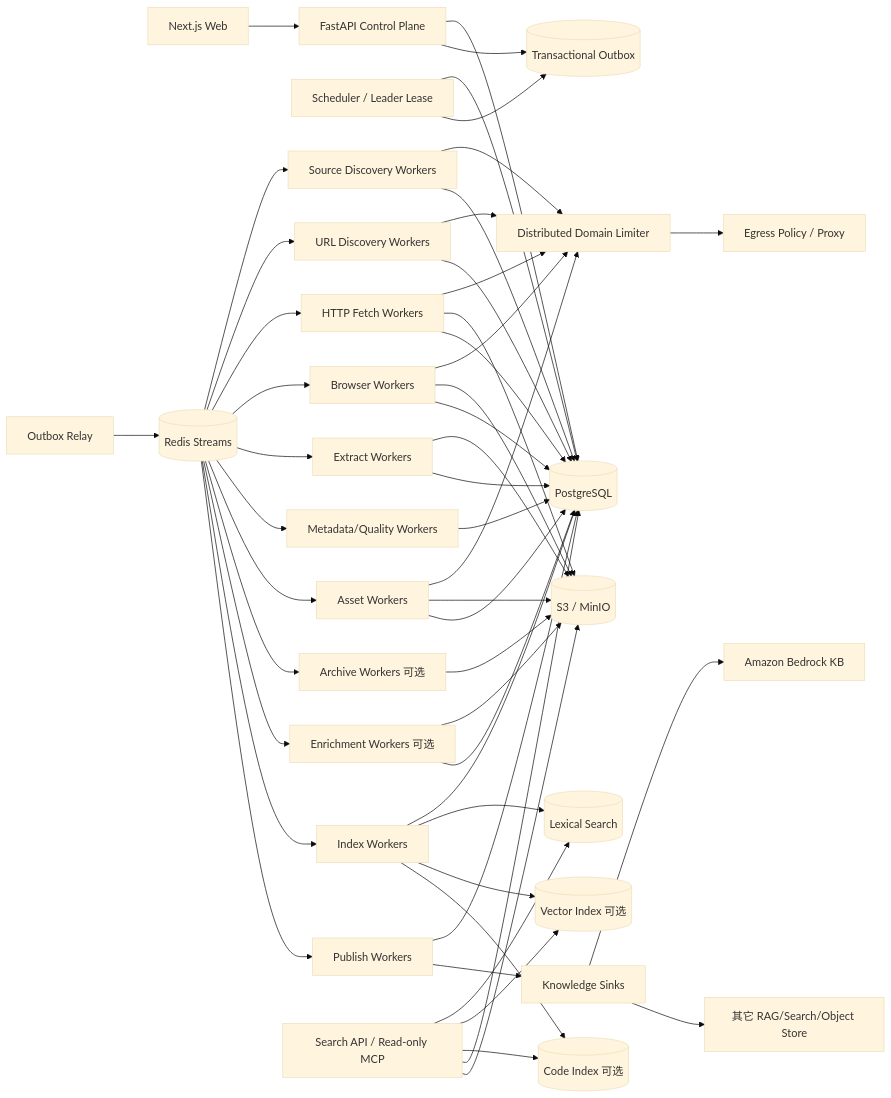
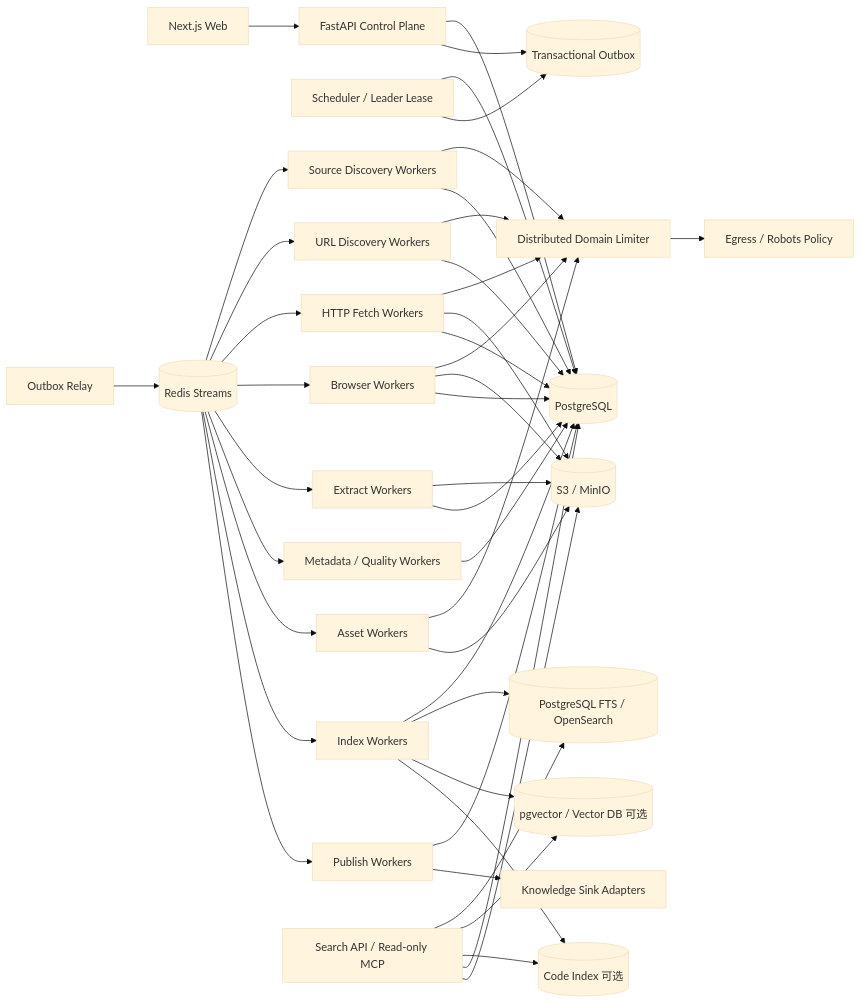
The diagram in 博客知识库技术方案.md (WorkerXu/my-doc), drawn with Mermaid (base theme) before and after one commit. The commit also changed other lines of this file and 2 other files, not shown here.

````diff
--- a/博客知识库技术方案.md
+++ b/博客知识库技术方案.md
@@ -78,59 +82,52 @@
 ```mermaid
 flowchart LR
     UI[Next.js Web] --> API[FastAPI Control Plane]
     API --> PG[(PostgreSQL)]
     API --> OUT[(Transactional Outbox)]
     SCHED[Scheduler / Leader Lease] --> PG
     SCHED --> OUT
     RELAY[Outbox Relay] --> Q[(Redis Streams)]
 
     Q --> SD[Source Discovery Workers]
     Q --> UD[URL Discovery Workers]
     Q --> HF[HTTP Fetch Workers]
     Q --> BF[Browser Workers]
     Q --> EX[Extract Workers]
-    Q --> MQ[Metadata/Quality Workers]
+    Q --> MQ[Metadata / Quality Workers]
     Q --> AS[Asset Workers]
-    Q --> AR[Archive Workers 可选]
-    Q --> EN[Enrichment Workers 可选]
     Q --> IX[Index Workers]
     Q --> PW[Publish Workers]
 
     SD --> LIM[Distributed Domain Limiter]
     UD --> LIM
     HF --> LIM
     BF --> LIM
     AS --> LIM
-    LIM --> EG[Egress Policy / Proxy]
+    LIM --> EG[Egress / Robots Policy]
 
     HF --> OBJ[(S3 / MinIO)]
     BF --> OBJ
     EX --> OBJ
     AS --> OBJ
-    AR --> OBJ
-    EN --> OBJ
 
     SD --> PG
     UD --> PG
     HF --> PG
     BF --> PG
     EX --> PG
     MQ --> PG
-    AS --> PG
-    EN --> PG
     IX --> PG
     PW --> PG
 
-    IX --> LEX[(Lexical Search)]
-    IX --> VEC[(Vector Index 可选)]
+    IX --> LEX[(PostgreSQL FTS / OpenSearch)]
+    IX --> VEC[(pgvector / Vector DB 可选)]
     IX --> CODE[(Code Index 可选)]
+
     SEARCH[Search API / Read-only MCP] --> LEX
     SEARCH --> VEC
     SEARCH --> CODE
     SEARCH --> PG
     SEARCH --> OBJ
 
-    PW --> SINK[Knowledge Sinks]
-    SINK --> BEDROCK[Amazon Bedrock KB]
-    SINK --> EXT[其它 RAG/Search/Object Store]
+    PW --> SINK[Knowledge Sink Adapters]
 ```
````
